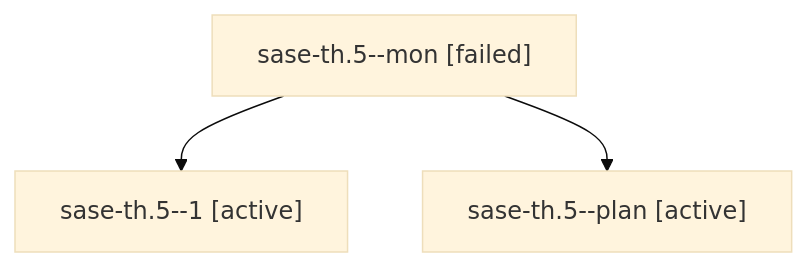
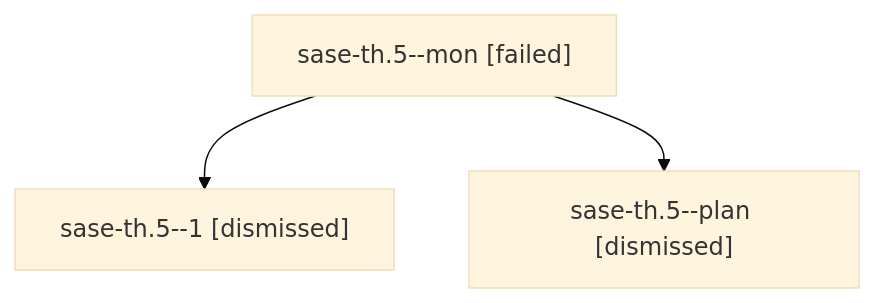
The diagram in sessions/bbugyi200.athena.sase-th.5.md (sase-org/sase--agents), drawn with Mermaid (base theme) before and after one commit. The commit also changed other lines of this file and 148 other files, not shown here.

````diff
--- a/sessions/bbugyi200.athena.sase-th.5.md
+++ b/sessions/bbugyi200.athena.sase-th.5.md
@@ -9,8 +9,8 @@
 ```mermaid
 flowchart TD
   n0["sase-th.5--mon [failed]"]
-  n1["sase-th.5--1 [active]"]
+  n1["sase-th.5--1 [dismissed]"]
   n0 --> n1
-  n2["sase-th.5--plan [active]"]
+  n2["sase-th.5--plan [dismissed]"]
   n0 --> n2
 ```
````
